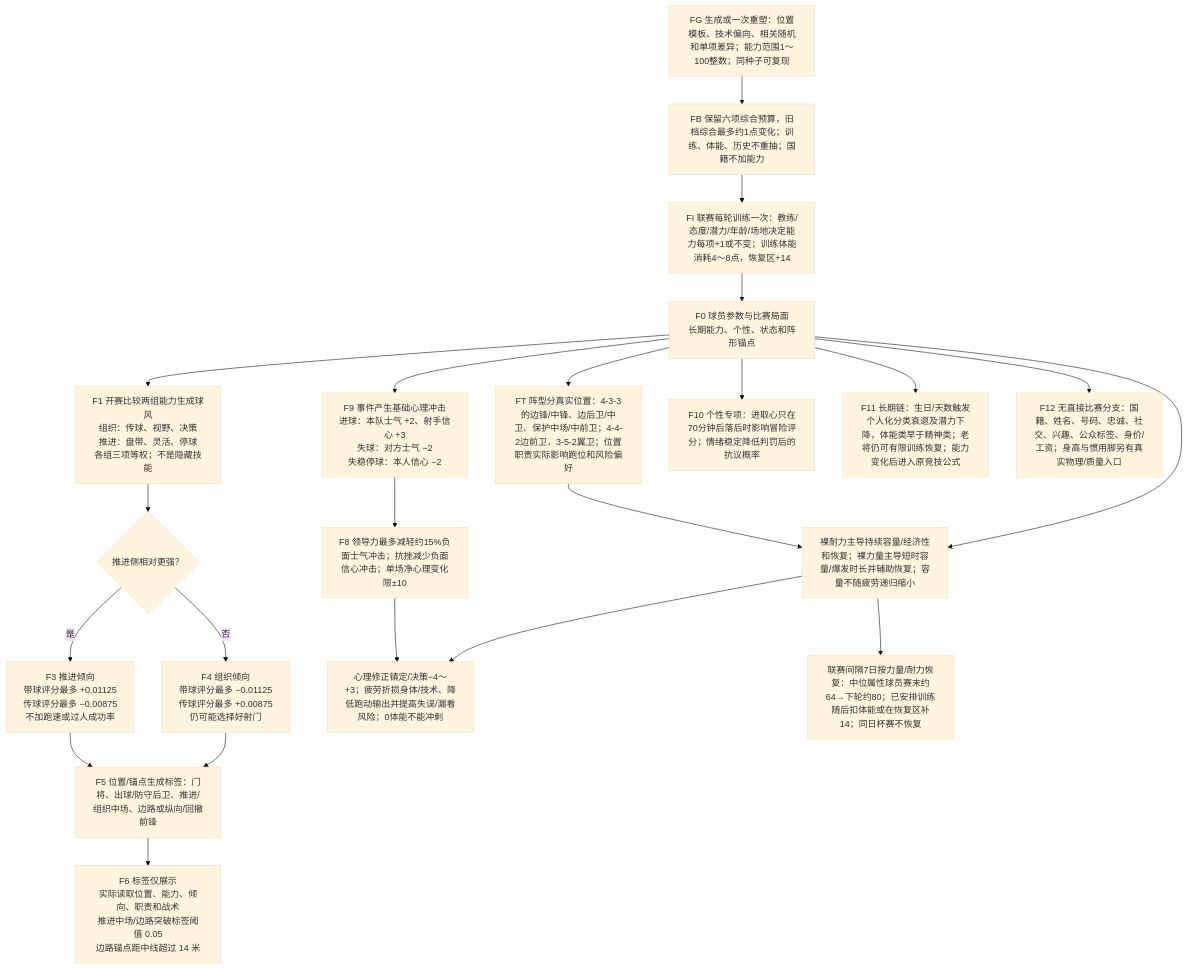
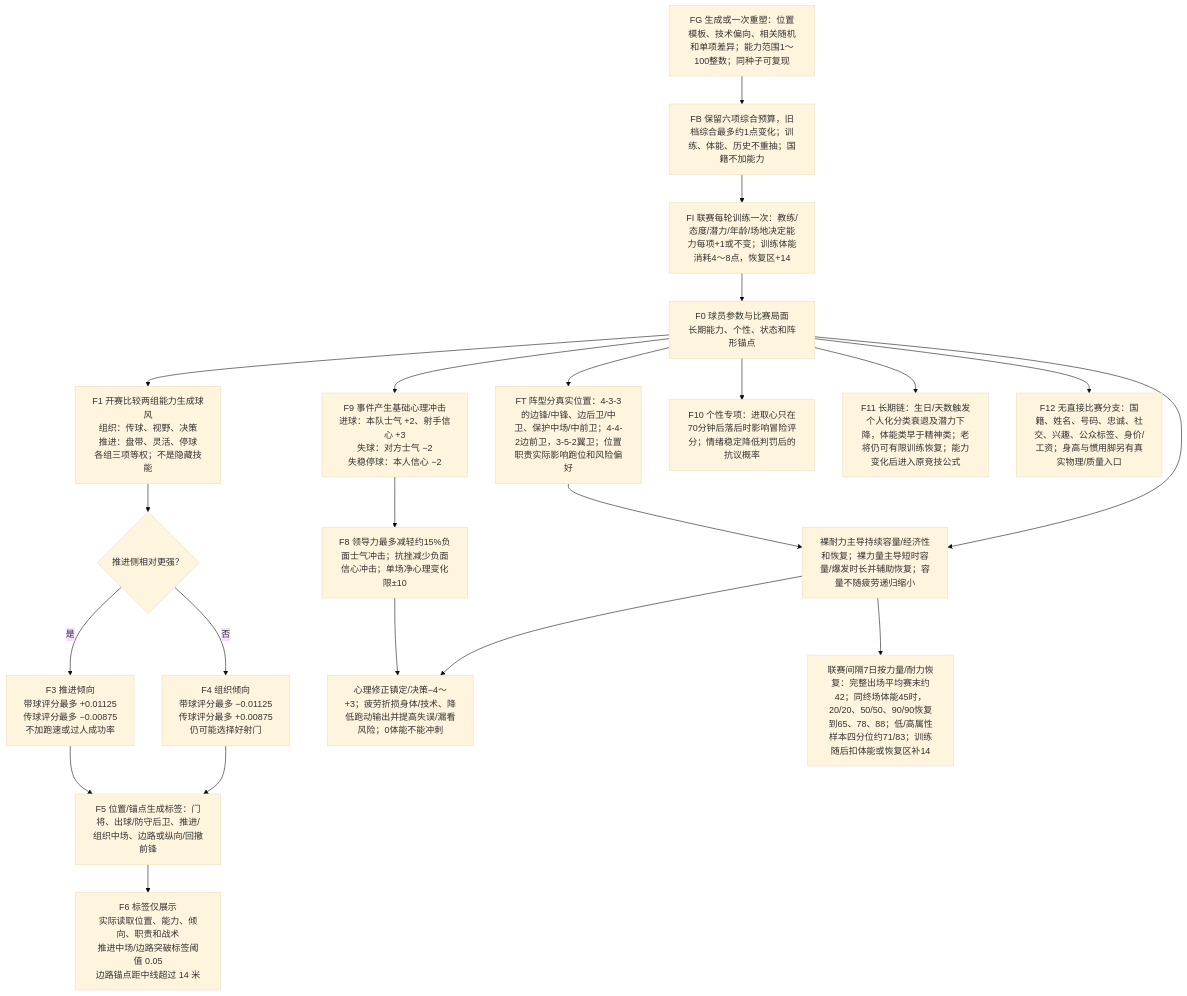
The sixth of 7 diagrams in packages/shared/modules/matches/design/PLAYER_DECISION_MAP.md (sixu3575/touchline-manager), drawn with Mermaid (base theme) before and after one commit. The commit also changed other lines of this file and 20 other files, not shown here.

````diff
--- a/packages/shared/modules/matches/design/PLAYER_DECISION_MAP.md
+++ b/packages/shared/modules/matches/design/PLAYER_DECISION_MAP.md
@@ -246,24 +246,24 @@
 ```mermaid
 flowchart TD
   FG["FG 生成或一次重塑：位置模板、技术偏向、相关随机和单项差异；能力范围1～100整数；同种子可复现"] --> FB["FB 保留六项综合预算，旧档综合最多约1点变化；训练、体能、历史不重抽；国籍不加能力"]
   FB --> FI["FI 联赛每轮训练一次：教练/态度/潜力/年龄/场地决定能力每项+1或不变；训练体能消耗4～8点，恢复区+14"]
   FI --> F0
   F0["F0 球员参数与比赛局面<br/>长期能力、个性、状态和阵形锚点"] --> F1["F1 开赛比较两组能力生成球风<br/>组织：传球、视野、决策<br/>推进：盘带、灵活、停球<br/>各组三项等权；不是隐藏技能"]
   F1 --> F2{"推进侧相对更强？"}
   F2 -->|是| F3["F3 推进倾向<br/>带球评分最多 +0.01125<br/>传球评分最多 −0.00875<br/>不加跑速或过人成功率"]
   F2 -->|否| F4["F4 组织倾向<br/>带球评分最多 −0.01125<br/>传球评分最多 +0.00875<br/>仍可能选择好射门"]
   F3 --> F5["F5 位置/锚点生成标签：门将、出球/防守后卫、推进/组织中场、边路或纵向/回撤前锋"]
   F4 --> F5
   F5 --> F6["F6 标签仅展示<br/>实际读取位置、能力、倾向、职责和战术<br/>推进中场/边路突破标签阈值 0.05<br/>边路锚点距中线超过 14 米"]
   F0 --> FT["FT 阵型分真实位置：4-3-3的边锋/中锋、边后卫/中卫、保护中场/中前卫；4-4-2边前卫，3-5-2翼卫；位置职责实际影响跑位和风险偏好"]
   FT --> FP["FP 战术决定配合职责与候选收益；能力决定能否及时到位、技术质量与个人选择；球风标签仍不提供额外能力"]
   F0 --> F9["F9 事件产生基础心理冲击<br/>进球：本队士气 +2、射手信心 +3<br/>失球：对方士气 −2<br/>失稳停球：本人信心 −2"]
   F9 --> F8["F8 领导力最多减轻约15%负面士气冲击；抗挫减少负面信心冲击；单场净心理变化限±10"]
   F8 --> F7["心理修正镇定/决策−4～+3；疲劳折损身体/技术、降低跑动输出并提高失误/漏看风险；0体能不能冲刺"]
   F0 --> FP["裸耐力主导持续容量/经济性和恢复；裸力量主导短时容量/爆发时长并辅助恢复；容量不随疲劳递归缩小"]
   FP --> F7
-  FP --> FR["联赛间隔7日按力量/耐力恢复：中位属性球员赛末约64→下轮约80；已安排训练随后扣体能或在恢复区补14；同日杯赛不恢复"]
+  FP --> FR["联赛间隔7日按力量/耐力恢复：完整出场平均赛末约42；同终场体能45时，20/20、50/50、90/90恢复到65、78、88；低/高属性样本四分位约71/83；训练随后扣体能或恢复区补14"]
   F0 --> F10["F10 个性专项：进取心只在70分钟后落后时影响冒险评分；情绪稳定降低判罚后的抗议概率"]
   F0 --> F11["F11 长期链：生日/天数触发个人化分类衰退及潜力下降，体能类早于精神类；老将仍可有限训练恢复；能力变化后进入原竞技公式"]
   F0 --> F12["F12 无直接比赛分支：国籍、姓名、号码、忠诚、社交、兴趣、公众标签、身价/工资；身高与惯用脚另有真实物理/质量入口"]
 ```
````
